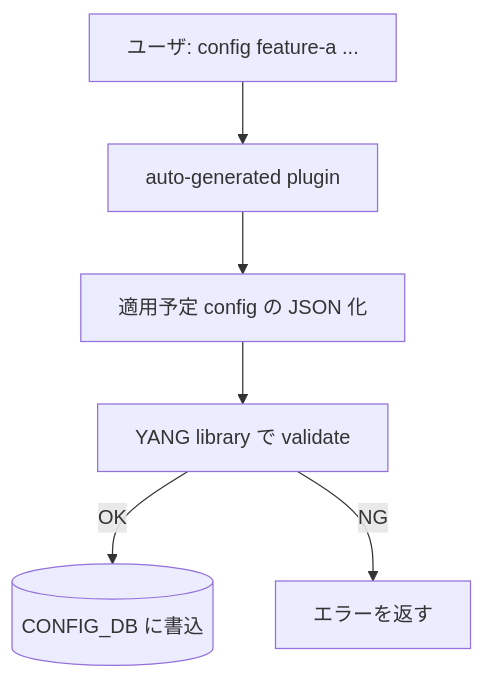
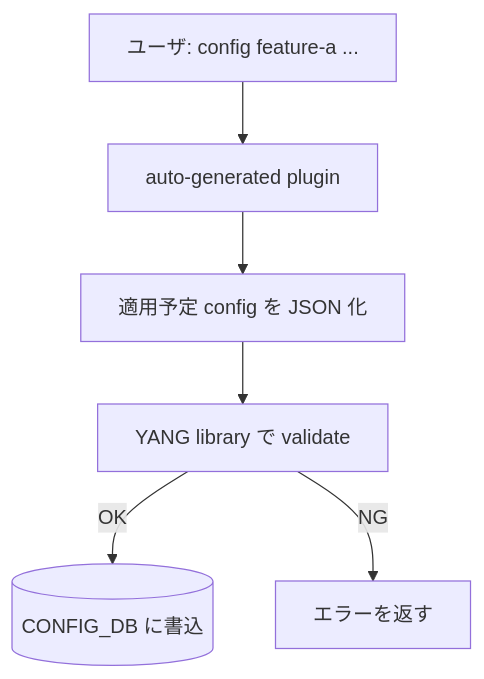
One commit to aoki-taquan/sonic-unofficial-docs changed the second of 2 diagrams in docs/management/sonic-cli-auto-generation-tool.md. Above: the diagram before and after it, drawn with Mermaid. The commit also changed other lines of this file and 4 other files, not shown here.

````diff
--- a/docs/management/sonic-cli-auto-generation-tool.md
+++ b/docs/management/sonic-cli-auto-generation-tool.md
@@ -107,8 +89,8 @@
 ```mermaid
 flowchart TD
   U[ユーザ: config feature-a ...] --> CMD[auto-generated plugin]
-  CMD --> JSON[適用予定 config の JSON 化]
+  CMD --> JSON[適用予定 config を JSON 化]
   JSON --> Y[YANG library で validate]
   Y -->|OK| CDB[(CONFIG_DB に書込)]
   Y -->|NG| ERR[エラーを返す]
 ```
````
